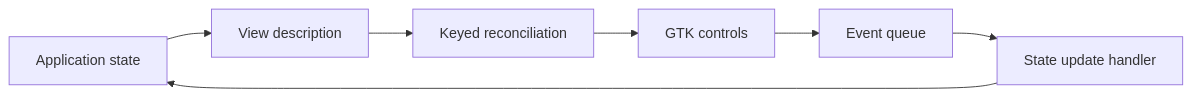
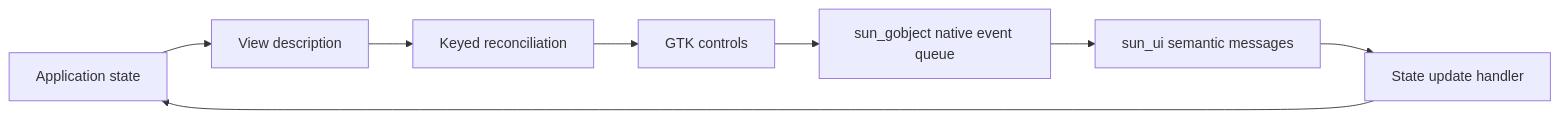
The diagram in README.md (namo-robotics/sun_ui), drawn with Mermaid before and after one commit. The commit also changed other lines of this file and 2 other files, not shown here.

First line of the commit message:
gtk: use native event queue and checked widgets

````diff
--- a/README.md
+++ b/README.md
@@ -86,9 +86,10 @@
 ```mermaid
 flowchart LR
     State[Application state] --> View[View description]
     View --> Tree[Keyed reconciliation]
     Tree --> GTK[GTK controls]
-    GTK --> Queue[Event queue]
+    GTK --> Native[sun_gobject native event queue]
+    Native --> Queue[sun_ui semantic messages]
     Queue --> Handler[State update handler]
     Handler --> State
 ```
````
